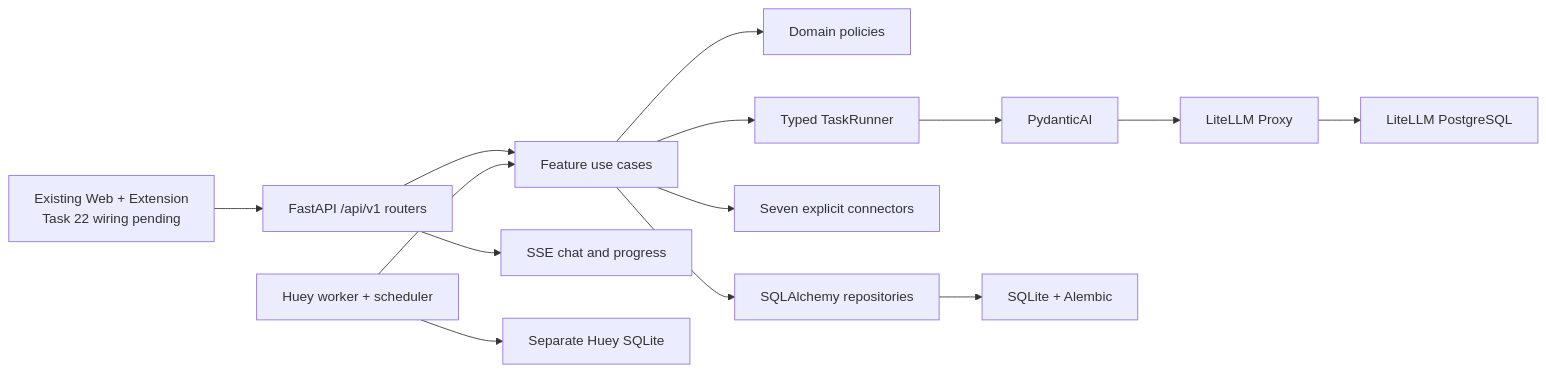
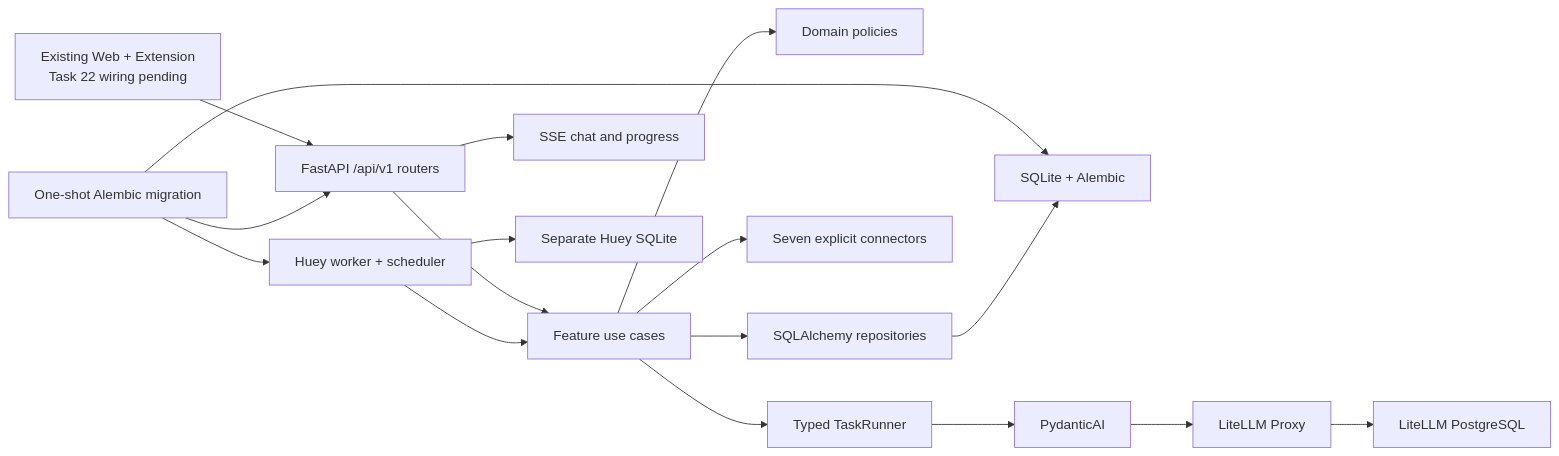
One commit to Zhujingxi/OpenBiliClaw changed the diagram in README.md. Above: the diagram before and after it, drawn with Mermaid. The commit also changed other lines of this file and 38 other files, not shown here.

````diff
--- a/README.md
+++ b/README.md
@@ -27,16 +27,19 @@
 ```mermaid
 flowchart LR
     UI["Existing Web + Extension<br/>Task 22 wiring pending"] --> API["FastAPI /api/v1 routers"]
     API --> UC["Feature use cases"]
     API --> SSE["SSE chat and progress"]
     JOBS["Huey worker + scheduler"] --> UC
     UC --> DOMAIN["Domain policies"]
     UC --> REPOS["SQLAlchemy repositories"]
     UC --> SOURCES["Seven explicit connectors"]
     UC --> AI["Typed TaskRunner"]
+    MIGRATE["One-shot Alembic migration"] --> DB
+    MIGRATE --> API
+    MIGRATE --> JOBS
     AI --> PYD["PydanticAI"]
     PYD --> LLM["LiteLLM Proxy"]
     REPOS --> DB["SQLite + Alembic"]
     JOBS --> QUEUE["Separate Huey SQLite"]
     LLM --> PG["LiteLLM PostgreSQL"]
 ```
````
